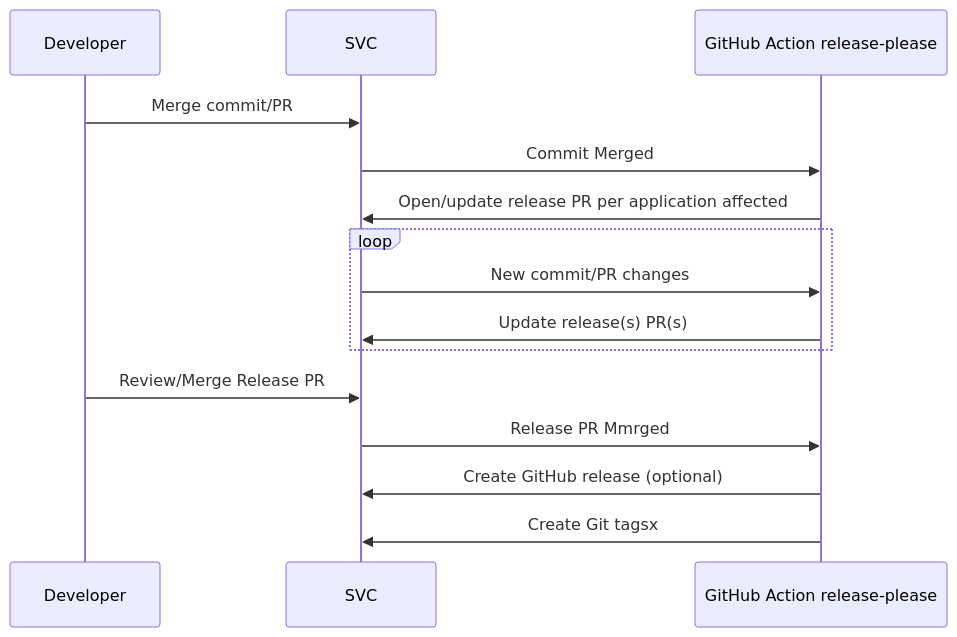
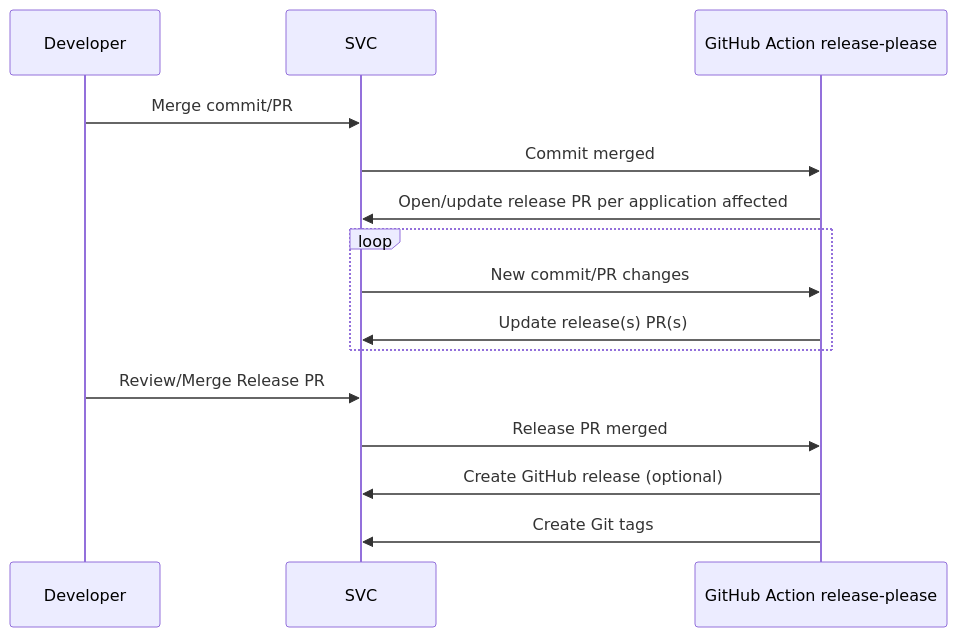
One commit to pataruco/singularity-tag-test changed the diagram in docs/architecture/decisions/0010-release-strategy.md. Above: the diagram before and after it, drawn with Mermaid. The commit also changed 2 other files, not shown here.

Commit message:
docs: correct typo in release strategy ADR

````diff
--- a/docs/architecture/decisions/0010-release-strategy.md
+++ b/docs/architecture/decisions/0010-release-strategy.md
@@ -50,17 +50,17 @@
 ```mermaid
 sequenceDiagram
     participant Developer
     participant SVC
     participant GitHub Action release-please
     Developer->>SVC: Merge commit/PR
-    SVC->>GitHub Action release-please: Commit Merged
+    SVC->>GitHub Action release-please: Commit merged
     GitHub Action release-please->>SVC: Open/update release PR per application affected
     loop
         SVC->>GitHub Action release-please: New commit/PR changes
         GitHub Action release-please->>SVC: Update release(s) PR(s)
     end
     Developer->>SVC: Review/Merge Release PR
-    SVC->>GitHub Action release-please: Release PR Mmrged
+    SVC->>GitHub Action release-please: Release PR merged
     GitHub Action release-please->>SVC: Create GitHub release (optional)
-    GitHub Action release-please->>SVC: Create Git tagsx
+    GitHub Action release-please->>SVC: Create Git tags
 ```
````
